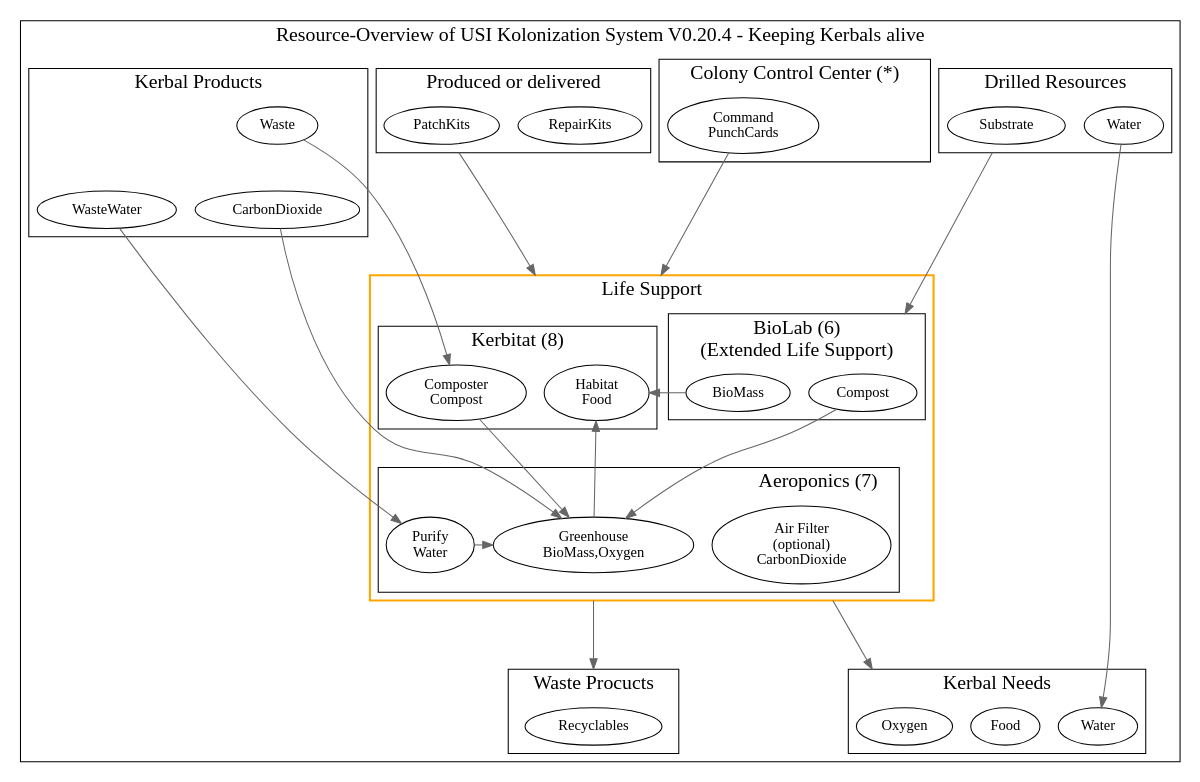
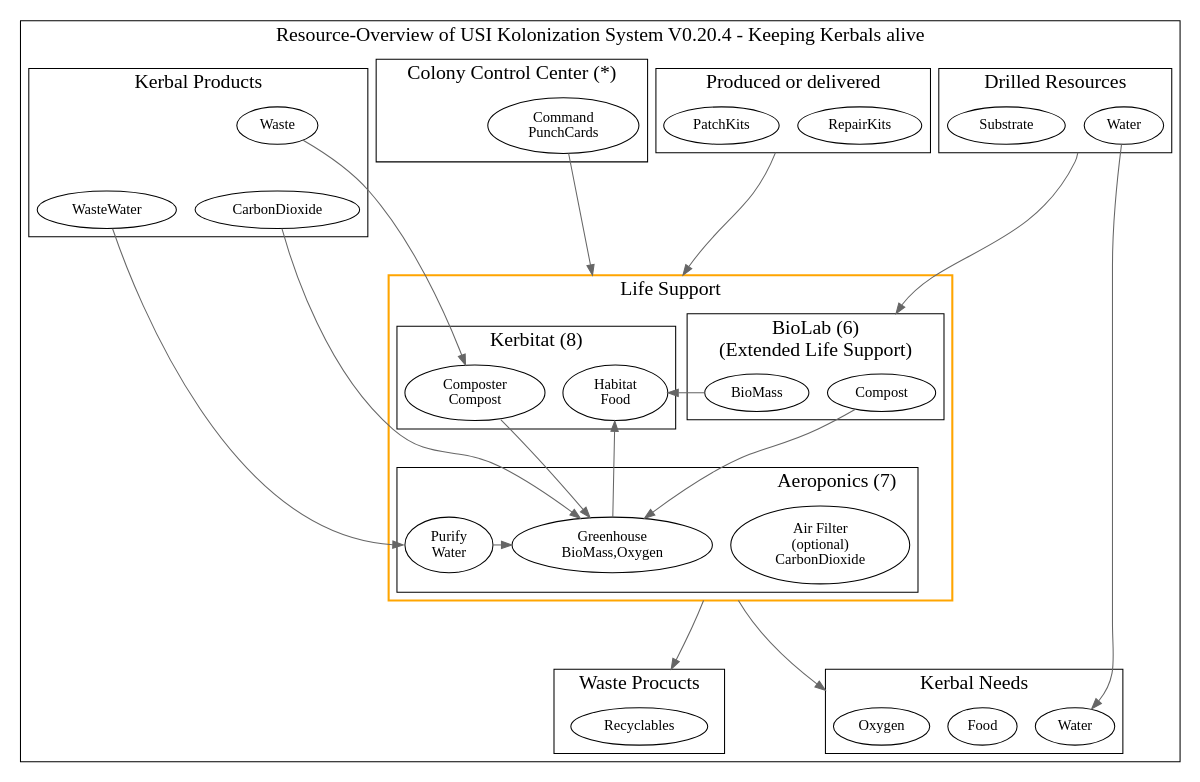
Before and after one commit to mhoram-kerbin/USI-Kolonization-Systems-Resources: the diagram in LifeSupport.dot, drawn with Graphviz. The commit also changed 2 other files, not shown here.

```diff
--- a/LifeSupport.dot
+++ b/LifeSupport.dot
@@ -1,127 +1,128 @@
 /* -*- coding: utf-8; -*-
 Overview over USI Kolonization System Resources
 Copyright 2014 By Mhoram
 
 This Work may be distributed under the Creative Commons
 Attribution-ShareAlike 4.0 International or Creative Commons
 Attribution-NonCommercial-ShareAlike 4.0 International License as you
 chose.
 
 */
 
-# dot -Tpdf -o Resources.pdf Resources.dot
-# dot -Tpng -o Resources.png Resources.dot
+# dot -Tpdf -o LifeSupport.pdf LifeSupport.dot
+# dot -Tpng -o LifeSupport.png LifeSupport.dot
 
 digraph Resources {
     compound=true;
 
     subgraph clusterLIFE {
         graph [label="Resource-Overview of USI Kolonization System V0.20.4 - Keeping Kerbals alive" fontsize=19];
 
         subgraph clusterDRILLS {
             label="Drilled Resources";
             LSubstrate [label="Substrate"];
             Water;
         }
 
         subgraph clusterProducts {
             label="Produced or delivered";
             PatchKitsL [label="PatchKits"];
             RepairKitsL [label="RepairKits"];
         }
 
         subgraph clusterCCC {
             label="Colony Control Center (*)";
             Command [label="Command\nPunchCards"];
         }
 
         subgraph clusterKerbal {
             label="Kerbal Products";
             Waste;
             WasteWater;
             CarbonDioxide;
             Waste -> CarbonDioxide [weight=10,style=invisible,arrowhead=none];
             Waste -> WasteWater [style=invisible,arrowhead=none];
         }
 
         subgraph clusterKerbalNeeds {
             label="Kerbal Needs";
             Oxygen;
             Food;
             WaterN [label="Water"];
         }
 
         subgraph clusterLIFESUPPORT {
             label="Life Support";
             color="orange";penwidth=2;
             subgraph  {
                 color="black";penwidth=1;
                 subgraph clusterKerbitat {
                     label="Kerbitat (8)";
                     Composter [label="Composter\nCompost"];
                     Habitat [label="Habitat\nFood"];
                     {
                         rank = same;
                         rankdir=LR;
                         edge [minlen=0];
                         Composter->Habitat [style=invisible,arrowhead=none];
                     }
                 }
 
                 subgraph clusterBIOLAB {
                     label="BioLab (6)\n(Extended Life Support)";
                     BioMass;
                     Compost;
                 }
             }
 
             subgraph clusterAeroponics {
                 label="Aeroponics (7)";
                 labeljust="r";
                 color="black"; penwidth=1;
                 "Air Filter" [label="Air Filter\n(optional)\nCarbonDioxide"];
                 Greenhouse [label="Greenhouse\nBioMass,Oxygen"];
                 Purify [label="Purify\nWater"];
                 edge [color="#666666"];
 
                 Purify -> Greenhouse[constraint = false];
             }
 
             edge [minlen=2, color="#666666"];
-            Composter -> Greenhouse;
+            Composter -> Greenhouse [tailport=se];
             Greenhouse -> Habitat [constraint = false];
             BioMass -> Habitat [constraint = false];
             Compost -> Greenhouse;
 
         }
 
         subgraph clusterRecyclablesL {
             label="Waste Procucts";
             RecyclablesL [label="Recyclables"];
             Oxygen;
             Food;
         }
 
 
         edge [minlen=3, color="#666666"];
 
 
         Waste -> Composter;
-        WasteWater -> Purify;
+        WasteWater -> Purify [headport=w];
         CarbonDioxide -> Greenhouse [];
 
-        PatchKitsL -> Habitat [lhead=clusterLIFESUPPORT,ltail=clusterProducts];
+        PatchKitsL -> Habitat [lhead=clusterLIFESUPPORT,ltail=clusterProducts,tailport=e];
         RepairKitsL -> BioMass [lhead=clusterLIFESUPPORT,style=invisible,arrowhead=none];
 
-        "Air Filter" -> Oxygen [lhead=clusterKerbalNeeds; ltail=clusterLIFESUPPORT];
-        Water -> WaterN;
+        "Air Filter" -> Oxygen [lhead=clusterKerbalNeeds; ltail=clusterLIFESUPPORT,tailport=w];
+        Water -> WaterN [headport=ne];
 #        Water -> Compost [lhead=clusterBIOLAB];
-        LSubstrate -> Compost [lhead=clusterBIOLAB,ltail=clusterDRILLS,weight=2];
+        LSubstrate -> Compost [lhead=clusterBIOLAB,ltail=clusterDRILLS,style=invisible,arrowhead=none];
+        Water -> Compost [lhead=clusterBIOLAB,ltail=clusterDRILLS, tailport=nw,headport=n];
 
         Command -> Habitat [lhead=clusterLIFESUPPORT, weight=2];
 
-        Greenhouse -> RecyclablesL [ltail=clusterLIFESUPPORT,lhead=clusterRecyclablesL];
+        Greenhouse -> RecyclablesL [ltail=clusterLIFESUPPORT,lhead=clusterRecyclablesL,tailport=ne];
 
     }
 
 }
```
